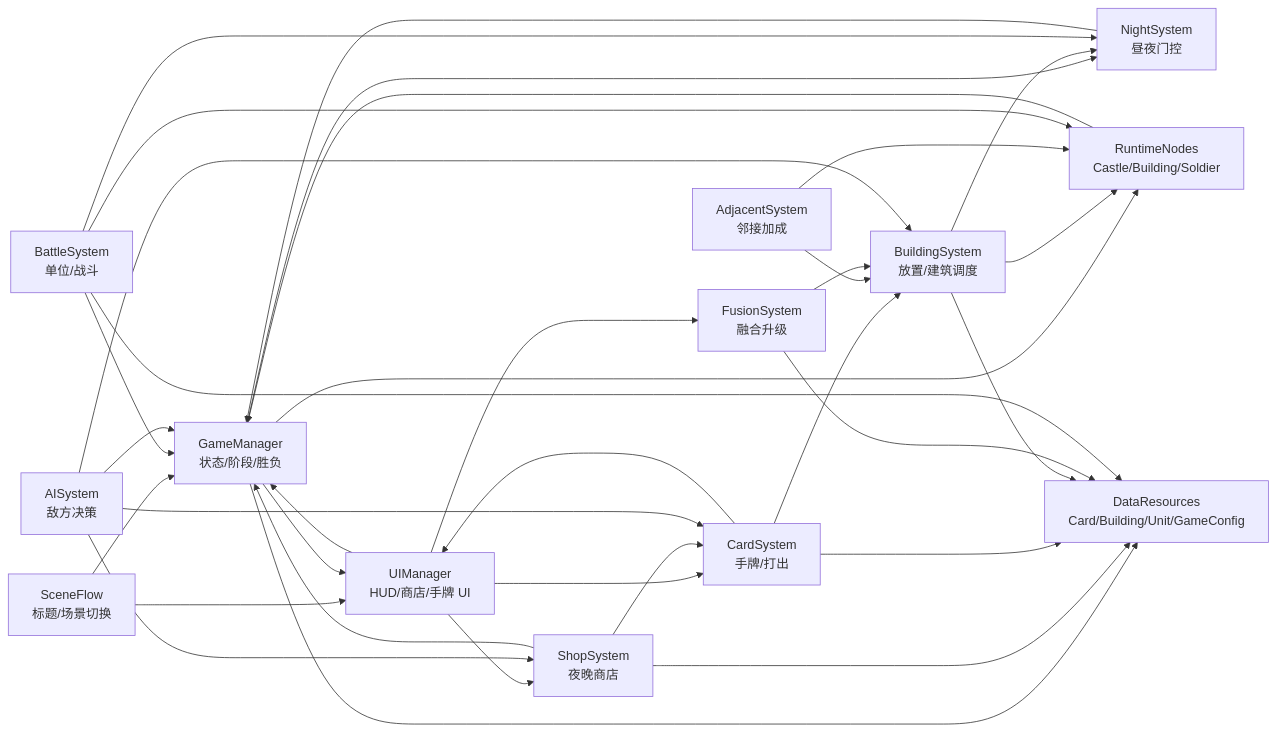
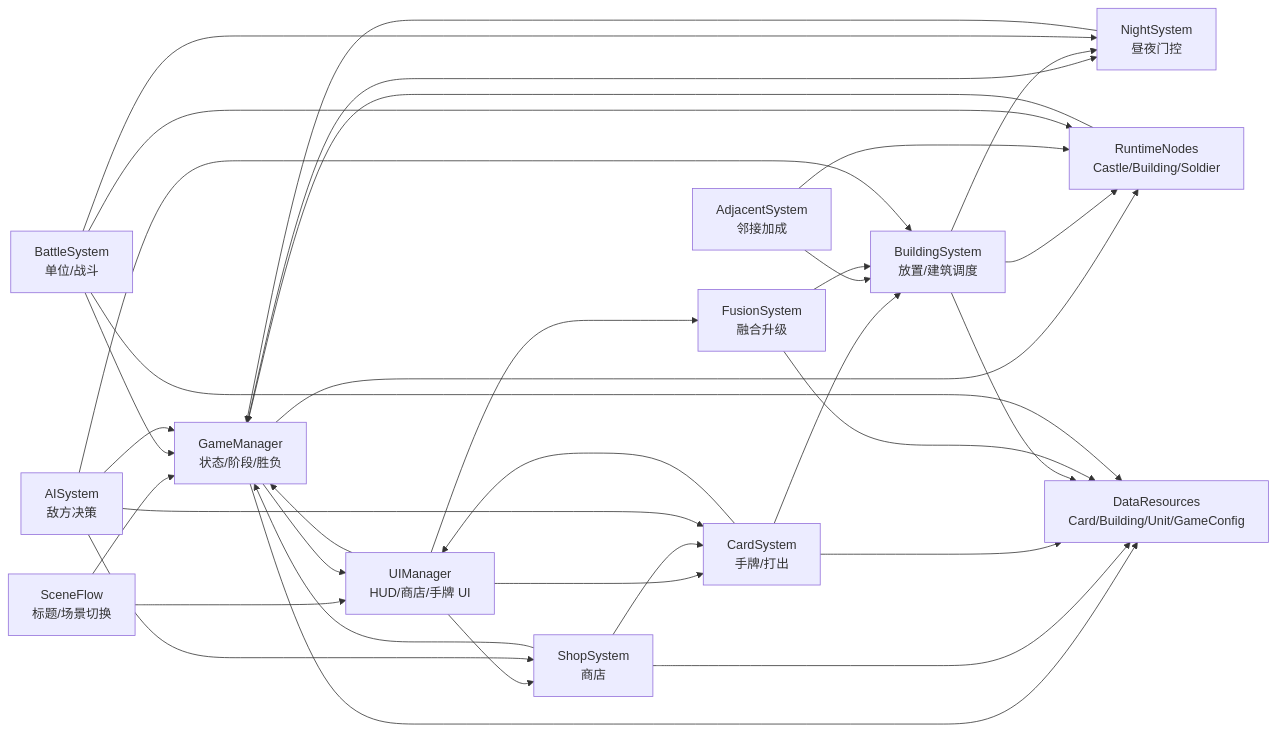
Before and after one commit to xiaomaitai/CasualCastle: the diagram in devPlan/outline/c05ProjectArchitecture.md, drawn with Mermaid. The commit also changed other lines of this file and 10 other files, not shown here.

````diff
--- a/devPlan/outline/c05ProjectArchitecture.md
+++ b/devPlan/outline/c05ProjectArchitecture.md
@@ -98,59 +98,59 @@
 ```mermaid
 flowchart LR
     SceneFlow[SceneFlow<br/>标题/场景切换]
     GameManager[GameManager<br/>状态/阶段/胜负]
     UIManager[UIManager<br/>HUD/商店/手牌 UI]
     NightSystem[NightSystem<br/>昼夜门控]
-    ShopSystem[ShopSystem<br/>夜晚商店]
+    ShopSystem[ShopSystem<br/>商店]
     CardSystem[CardSystem<br/>手牌/打出]
     BuildingSystem[BuildingSystem<br/>放置/建筑调度]
     AdjacentSystem[AdjacentSystem<br/>邻接加成]
     FusionSystem[FusionSystem<br/>融合升级]
     BattleSystem[BattleSystem<br/>单位/战斗]
     AISystem[AISystem<br/>敌方决策]
     DataResources[DataResources<br/>Card/Building/Unit/GameConfig]
     RuntimeNodes[RuntimeNodes<br/>Castle/Building/Soldier]
 
     SceneFlow --> GameManager
     SceneFlow --> UIManager
 
     GameManager --> UIManager
     GameManager --> NightSystem
     GameManager --> RuntimeNodes
     GameManager --> DataResources
 
     UIManager --> GameManager
     UIManager --> ShopSystem
     UIManager --> CardSystem
     UIManager --> FusionSystem
 
     NightSystem --> GameManager
     BuildingSystem --> NightSystem
     BattleSystem --> NightSystem
 
     ShopSystem --> GameManager
     ShopSystem --> CardSystem
     ShopSystem --> DataResources
 
     CardSystem --> UIManager
     CardSystem --> BuildingSystem
     CardSystem --> DataResources
 
     BuildingSystem --> RuntimeNodes
     BuildingSystem --> DataResources
     AdjacentSystem --> BuildingSystem
     AdjacentSystem --> RuntimeNodes
     FusionSystem --> BuildingSystem
     FusionSystem --> DataResources
 
     BattleSystem --> RuntimeNodes
     BattleSystem --> DataResources
     BattleSystem --> GameManager
 
     AISystem --> GameManager
     AISystem --> ShopSystem
     AISystem --> CardSystem
     AISystem --> BuildingSystem
 
     RuntimeNodes --> GameManager
 ```
````
